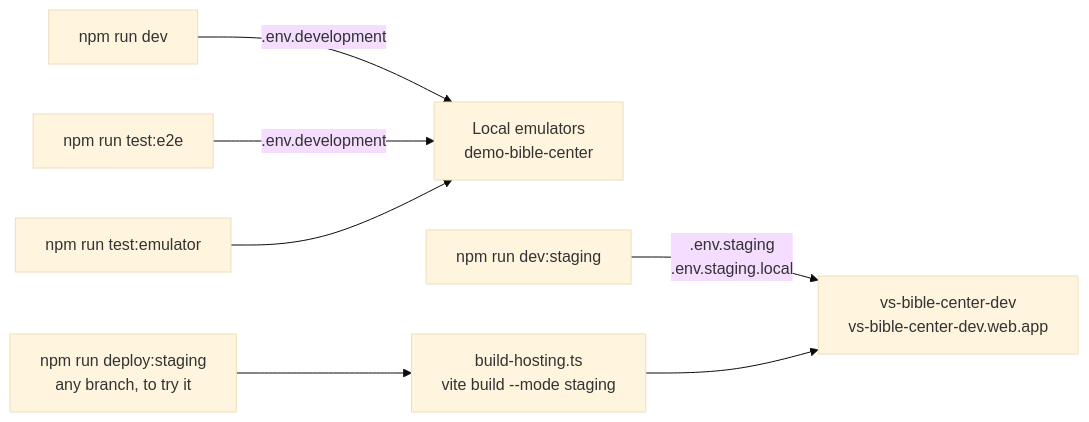
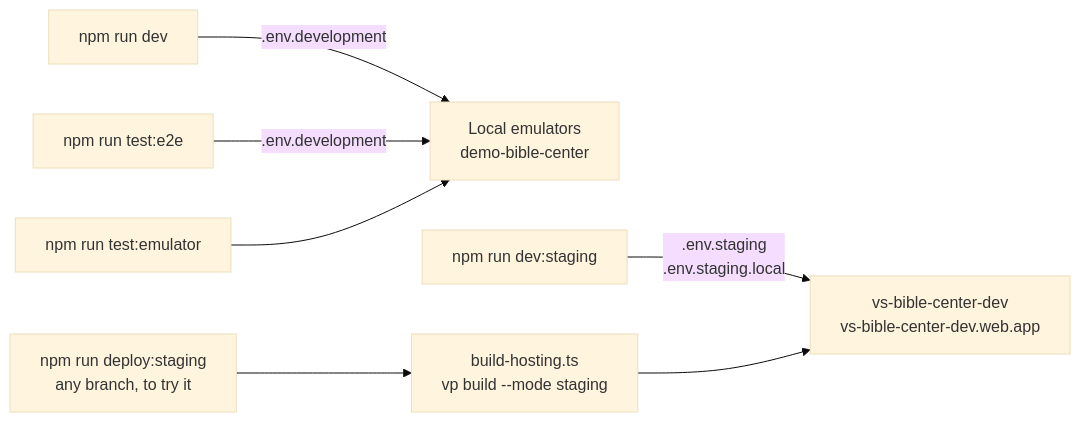
One commit to Valiance-Studios/bible-center changed diagram 25 of 26 in ARCHITECTURE.md. Above: the diagram before and after it, drawn with Mermaid (base theme). The commit also changed other lines of this file and 183 other files, not shown here.

````diff
--- a/ARCHITECTURE.md
+++ b/ARCHITECTURE.md
@@ -850,9 +850,9 @@
 ```mermaid
 flowchart LR
   dev["npm run dev"] -- ".env.development" --> emulators["Local emulators<br/>demo-bible-center"]
   e2e["npm run test:e2e"] -- ".env.development" --> emulators
   rules["npm run test:emulator"] --> emulators
   devStaging["npm run dev:staging"] -- ".env.staging<br/>.env.staging.local" --> staging["vs-bible-center-dev<br/>vs-bible-center-dev.web.app"]
-  deployStaging["npm run deploy:staging<br/>any branch, to try it"] --> buildStaging["build-hosting.ts<br/>vite build --mode staging"]
+  deployStaging["npm run deploy:staging<br/>any branch, to try it"] --> buildStaging["build-hosting.ts<br/>vp build --mode staging"]
   buildStaging --> staging
 ```
````
